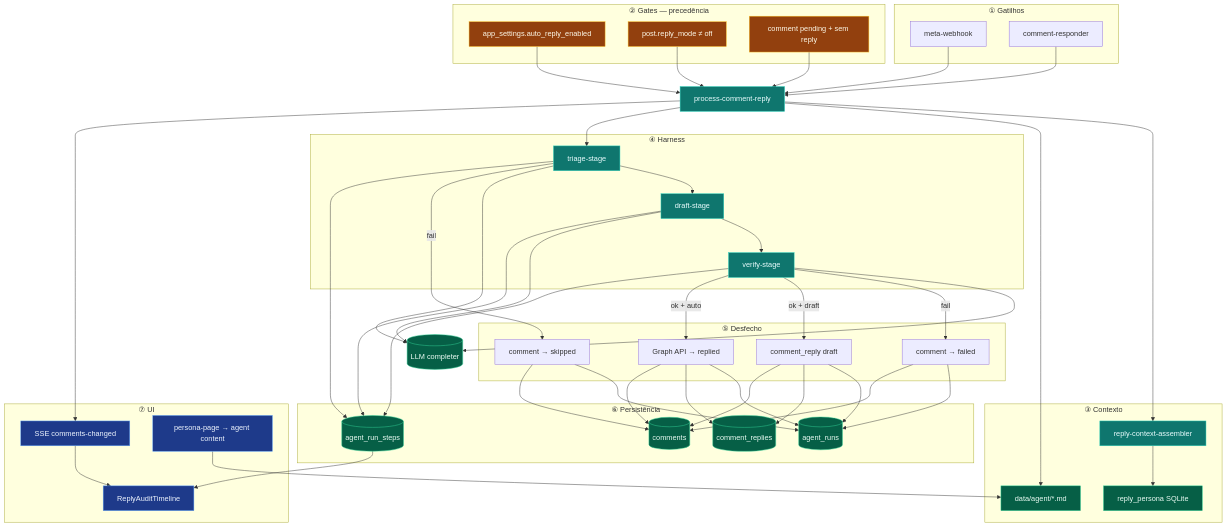
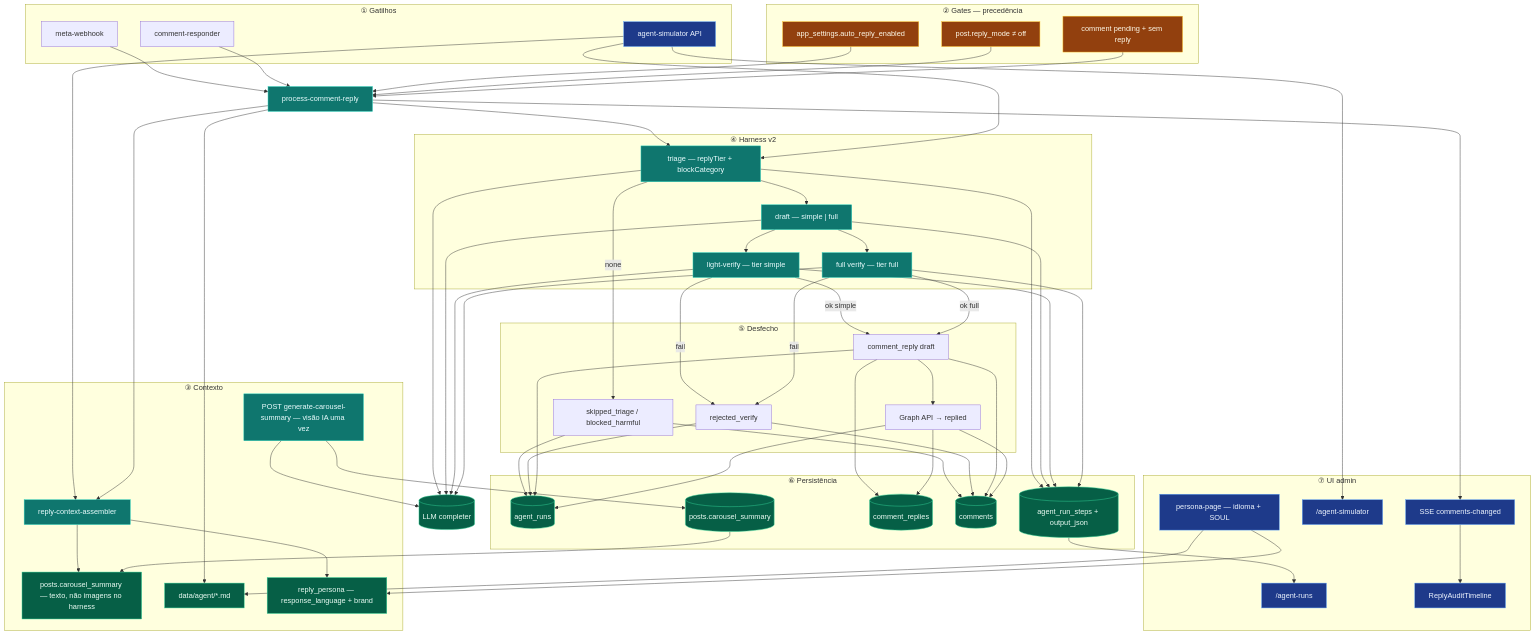
The diagram in docs/architecture/diagrams/iris-reply-agent-runtime.md (colabcolibri/iris), drawn with Mermaid before and after one commit. The commit also changed other lines of this file and 112 other files, not shown here.

First line of the commit message:
feat(iris-app): harness v2, simulador, carousel summary e UI operacional

````diff
--- a/docs/architecture/diagrams/iris-reply-agent-runtime.md
+++ b/docs/architecture/diagrams/iris-reply-agent-runtime.md
@@ -13,6 +13,7 @@
   subgraph L1 ["① Gatilhos"]
     WH["meta-webhook"]
     WRK["comment-responder"]
+    SIM["agent-simulator API"]
   end
 
   subgraph L2 ["② Gates — precedência"]
@@ -25,41 +26,50 @@
 
   subgraph L3 ["③ Contexto"]
     RCA["reply-context-assembler"]
+    CS["posts.carousel_summary — texto, não imagens no harness"]
+    GEN["POST generate-carousel-summary — visão IA uma vez"]
     FS["data/agent/*.md"]
-    RP["reply_persona SQLite"]
+    RP["reply_persona — response_language + brand"]
   end
 
-  subgraph L4 ["④ Harness"]
-    T["triage-stage"]
-    D["draft-stage"]
-    V["verify-stage"]
-    T --> D --> V
+  subgraph L4 ["④ Harness v2"]
+    T["triage — replyTier + blockCategory"]
+    D["draft — simple | full"]
+    LV["light-verify — tier simple"]
+    V["full verify — tier full"]
+    T --> D
+    D --> LV
+    D --> V
   end
 
   LLM[("LLM completer")]
 
   subgraph L5 ["⑤ Desfecho"]
-    SK["comment → skipped"]
-    FL["comment → failed"]
+    SK["skipped_triage / blocked_harmful"]
+    FL["rejected_verify"]
     DR["comment_reply draft"]
     AU["Graph API → replied"]
   end
 
   subgraph L6 ["⑥ Persistência"]
     AR[("agent_runs")]
-    ARS[("agent_run_steps")]
+    ARS[("agent_run_steps + output_json")]
     CR[("comment_replies")]
     CMT[("comments")]
+    PST[("posts.carousel_summary")]
   end
 
-  subgraph L7 ["⑦ UI"]
+  subgraph L7 ["⑦ UI admin"]
     SSE["SSE comments-changed"]
+    RUNS["/agent-runs"]
+    SIMUI["/agent-simulator"]
     AUD["ReplyAuditTimeline"]
-    SET["persona-page → agent content"]
+    PER["persona-page — idioma + SOUL"]
   end
 
   WH --> PCR
   WRK --> PCR
+  SIM --> RCA
   G1 --> PCR
   G2 --> PCR
   G3 --> PCR
@@ -67,34 +77,44 @@
   PCR --> RCA
   PCR --> FS
   RCA --> RP
+  RCA --> CS
+  GEN --> PST
+  PST --> CS
   PCR --> T
+  SIM --> T
 
   T --> LLM
   D --> LLM
+  LV --> LLM
   V --> LLM
+  GEN --> LLM
 
-  T -->|fail| SK
+  T -->|none| SK
+  LV -->|fail| FL
   V -->|fail| FL
-  V -->|ok + draft| DR
-  V -->|ok + auto| AU
+  LV -->|ok simple| DR
+  V -->|ok full| DR
+  DR --> AU
 
   SK & FL & DR & AU --> AR
-  T & D & V --> ARS
+  T & D & LV & V --> ARS
   DR & AU --> CR
   SK & FL & DR & AU --> CMT
 
   PCR --> SSE
   SSE --> AUD
-  SET --> FS
-  ARS --> AUD
+  ARS --> RUNS
+  SIM --> SIMUI
+  PER --> RP
+  PER --> FS
 
   classDef module fill:#0f766e,stroke:#2dd4bf,color:#ecfeff
   classDef store fill:#065f46,stroke:#34d399,color:#ecfdf5
   classDef gate fill:#92400e,stroke:#fbbf24,color:#fffbeb
   classDef ui fill:#1e3a8a,stroke:#60a5fa,color:#eff6ff
 
-  class PCR,RCA,T,D,V module
-  class CMT,AR,ARS,CR,FS,RP,LLM store
+  class PCR,RCA,T,D,LV,V,GEN module
+  class CMT,AR,ARS,CR,FS,RP,LLM,PST,CS store
   class G1,G2,G3 gate
-  class SSE,AUD,SET ui
+  class SSE,AUD,RUNS,SIMUI,PER,SIM ui
 ```
````
